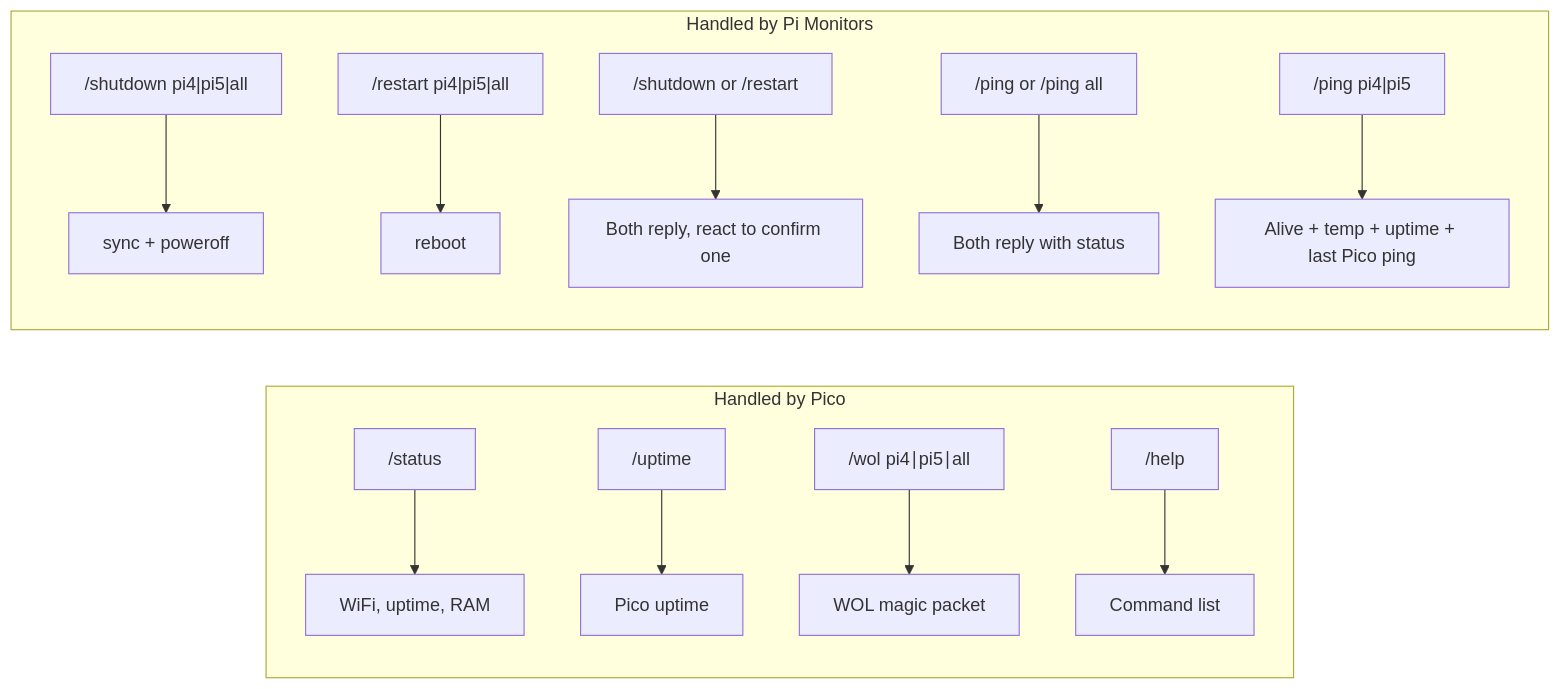
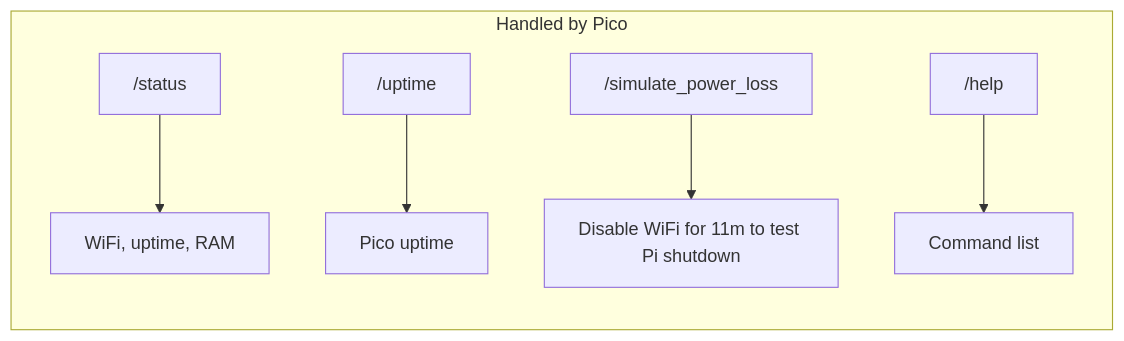
Before and after one commit to sagniKdas53/home-mesh: the third of 3 diagrams in README.md, drawn with Mermaid. The commit also changed other lines of this file and 5 other files, not shown here.

````diff
--- a/README.md
+++ b/README.md
@@ -86,17 +73,9 @@
 ```mermaid
 graph LR
     subgraph "Handled by Pico"
         A["/status"] --> A1["WiFi, uptime, RAM"]
         B["/uptime"] --> B1["Pico uptime"]
-        C["/wol pi4∣pi5∣all"] --> C1["WOL magic packet"]
+        C["/simulate_power_loss"] --> C1["Disable WiFi for 11m to test Pi shutdown"]
         D["/help"] --> D1["Command list"]
     end
-
-    subgraph "Handled by Pi Monitors"
-        E["/shutdown pi4|pi5|all"] --> E1["sync + poweroff"]
-        F["/restart pi4|pi5|all"] --> F1["reboot"]
-        G["/shutdown or /restart"] --> G1["Both reply, react to confirm one"]
-        I["/ping or /ping all"] --> I1["Both reply with status"]
-        H["/ping pi4|pi5"] --> H1["Alive + temp + uptime + last Pico ping"]
-    end
 ```
````
